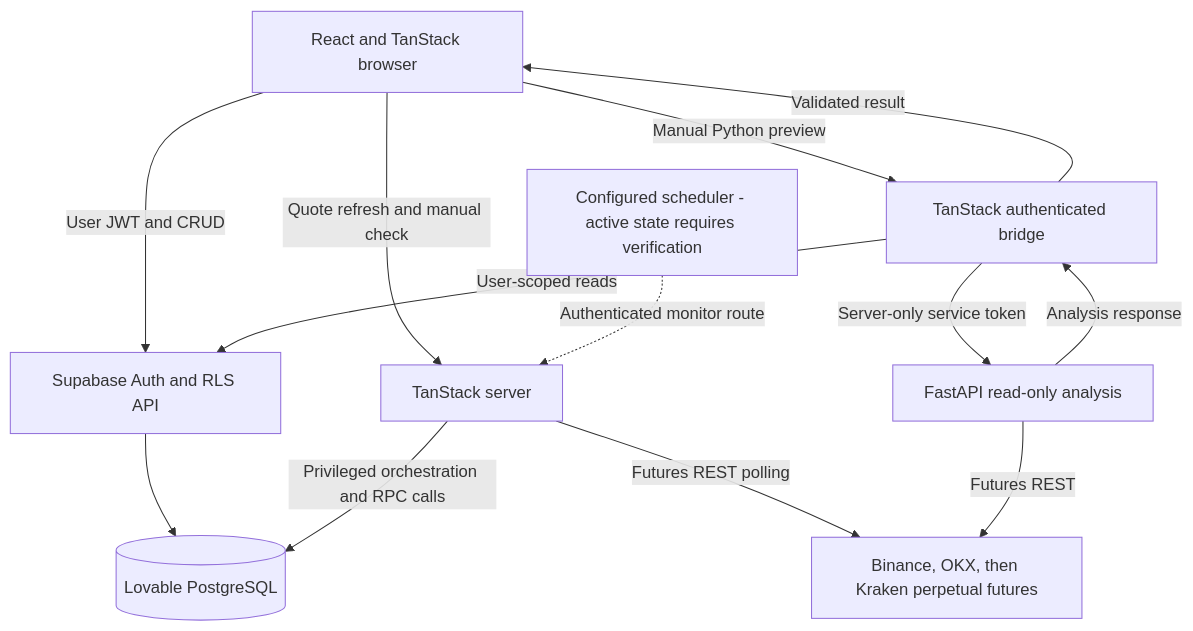
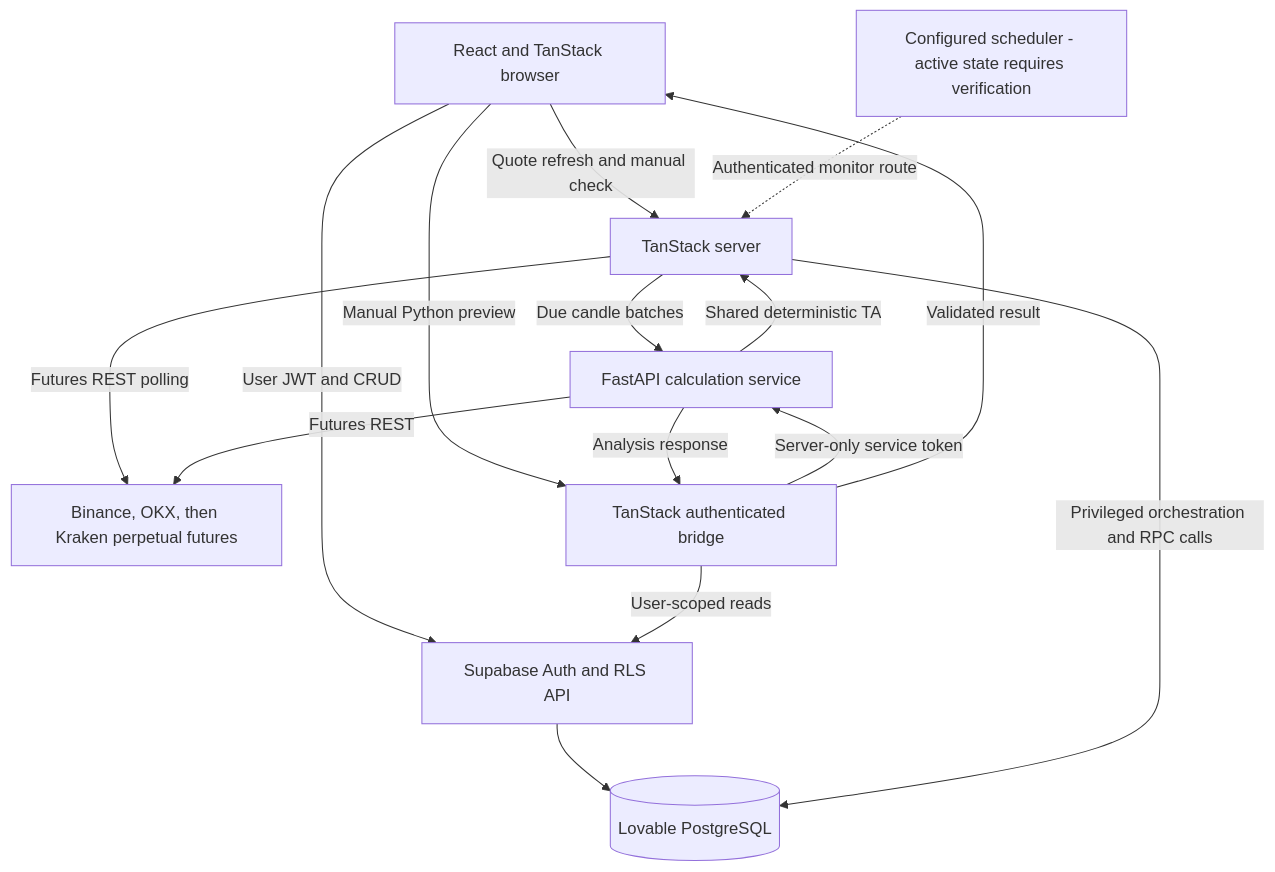
Before and after one commit to ibrahimjaved12/crypto-watcher: the first of 2 diagrams in docs/product-direction.md, drawn with Mermaid. The commit also changed other lines of this file and 36 other files, not shown here.

````diff
--- a/docs/product-direction.md
+++ b/docs/product-direction.md
@@ -165,15 +165,17 @@
 ```mermaid
 flowchart TD
     Browser[React and TanStack browser] -->|User JWT and CRUD|Supabase[Supabase Auth and RLS API]
     Supabase --> Lovable[(Lovable PostgreSQL)]
     Browser -->|Quote refresh and manual check|TS[TanStack server]
     Job[Configured scheduler - active state requires verification] -.->|Authenticated monitor route|TS
     TS -->|Futures REST polling|Futures[Binance, OKX, then Kraken perpetual futures]
+    TS -->|Due candle batches|API[FastAPI calculation service]
+    API -->|Shared deterministic TA|TS
     TS -->|Privileged orchestration and RPC calls|Lovable
     Browser -->|Manual Python preview|Bridge[TanStack authenticated bridge]
     Bridge -->|User-scoped reads|Supabase
-    Bridge -->|Server-only service token|API[FastAPI read-only analysis]
+    Bridge -->|Server-only service token|API
     API -->|Futures REST|Futures
     API -->|Analysis response|Bridge
     Bridge -->|Validated result|Browser
 ```
````
